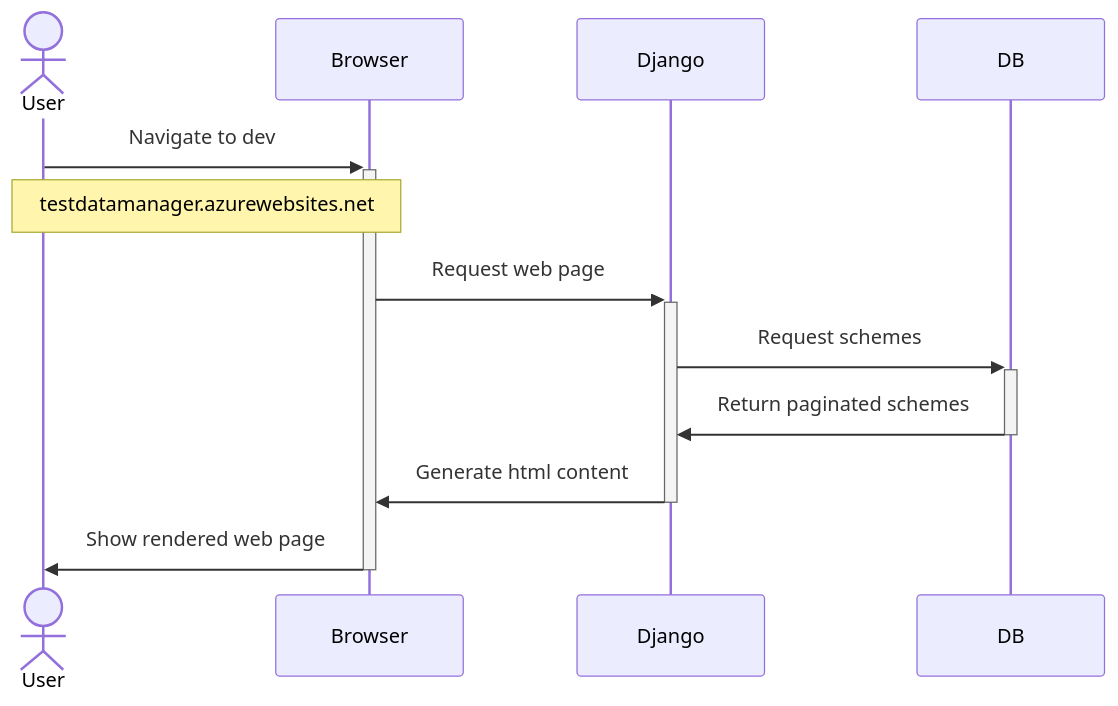
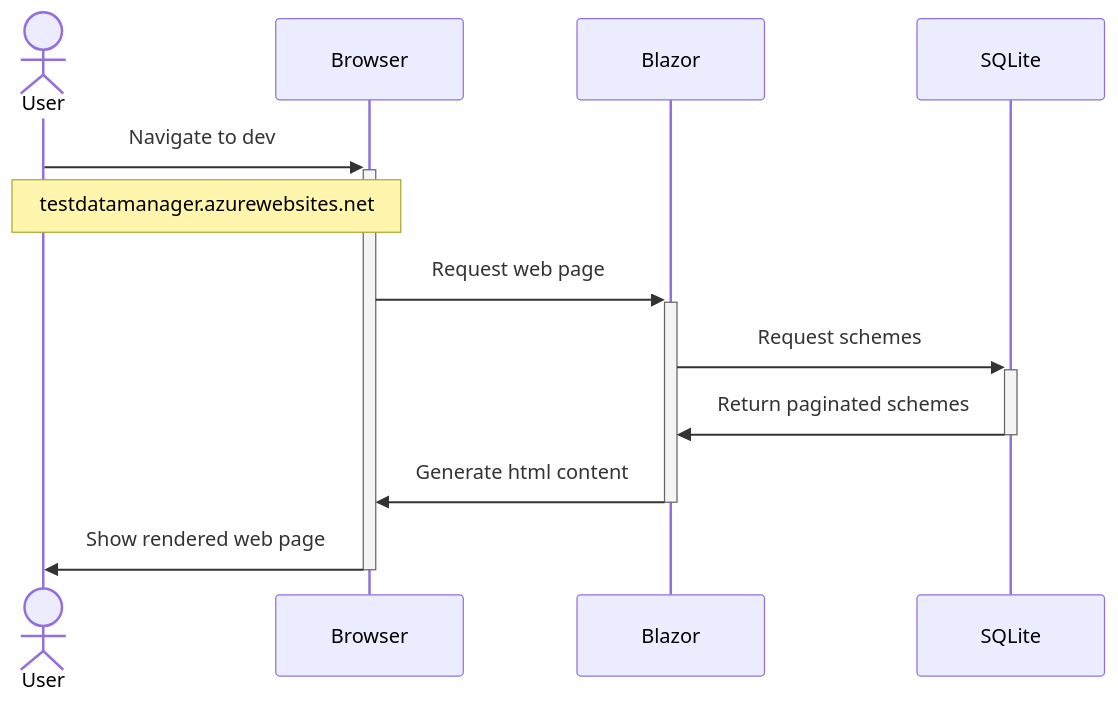
Before and after one commit to kylejuliandev/test-data-manager-assignment: the diagram in README.md, drawn with Mermaid.

Commit message:
Fix README mermaid diagram names

````diff
--- a/README.md
+++ b/README.md
@@ -119,13 +119,14 @@
 ```mermaid
 sequenceDiagram
     actor U as User
     participant B as Browser
-    participant WS as Django
+    participant WS as Blazor
+    participant DB as SQLite
     U->>+B: Navigate to dev
     Note over U,B: testdatamanager.azurewebsites.net
     B->>+WS: Request web page
     WS->>+DB: Request schemes
     DB->>-WS: Return paginated schemes
     WS->>-B: Generate html content
     B->>-U: Show rendered web page
 ```
````
